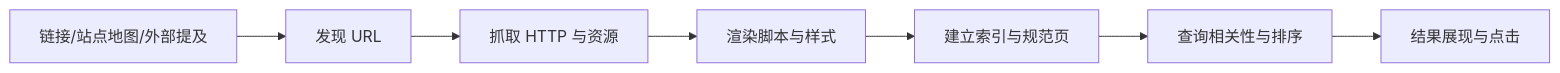
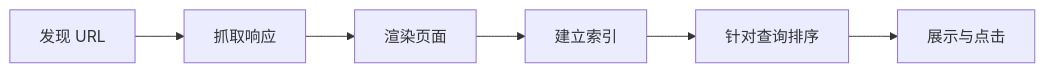
Before and after one commit to upJiang/jiang-blog-vitepress: the diagram in docs/seo/crawl-index-ranking.md, drawn with Mermaid. The commit also changed other lines of this file and 164 other files, not shown here.

````diff
--- a/docs/seo/crawl-index-ranking.md
+++ b/docs/seo/crawl-index-ranking.md
@@ -17,9 +19,8 @@
 ```mermaid
 flowchart LR
-  A[链接/站点地图/外部提及] --> B[发现 URL]
-  B --> C[抓取 HTTP 与资源]
-  C --> D[渲染脚本与样式]
-  D --> E[建立索引与规范页]
-  E --> F[查询相关性与排序]
-  F --> G[结果展现与点击]
+  A[发现 URL] --> B[抓取响应]
+  B --> C[渲染页面]
+  C --> D[建立索引]
+  D --> E[针对查询排序]
+  E --> F[展示与点击]
 ```
````
